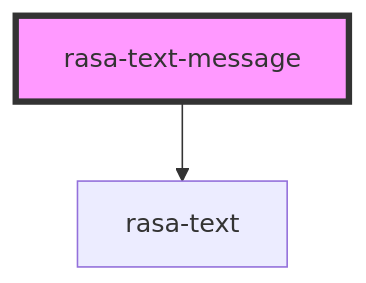
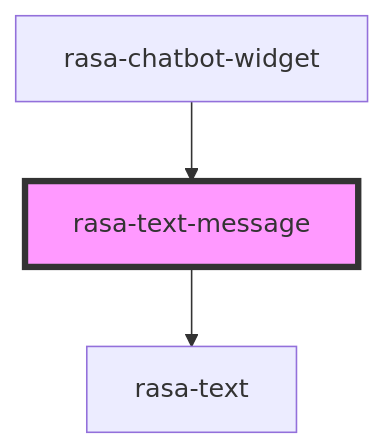
One commit to RasaHQ/chat-widget changed the diagram in packages/web-component/src/components/text-message/readme.md. Above: the diagram before and after it, drawn with Mermaid. The commit also changed other lines of this file and 41 other files, not shown here.

````diff
--- a/packages/web-component/src/components/text-message/readme.md
+++ b/packages/web-component/src/components/text-message/readme.md
@@ -23,5 +27,6 @@
 ```mermaid
 graph TD;
   rasa-text-message --> rasa-text
+  rasa-chatbot-widget --> rasa-text-message
   style rasa-text-message fill:#f9f,stroke:#333,stroke-width:4px
 ```
````
